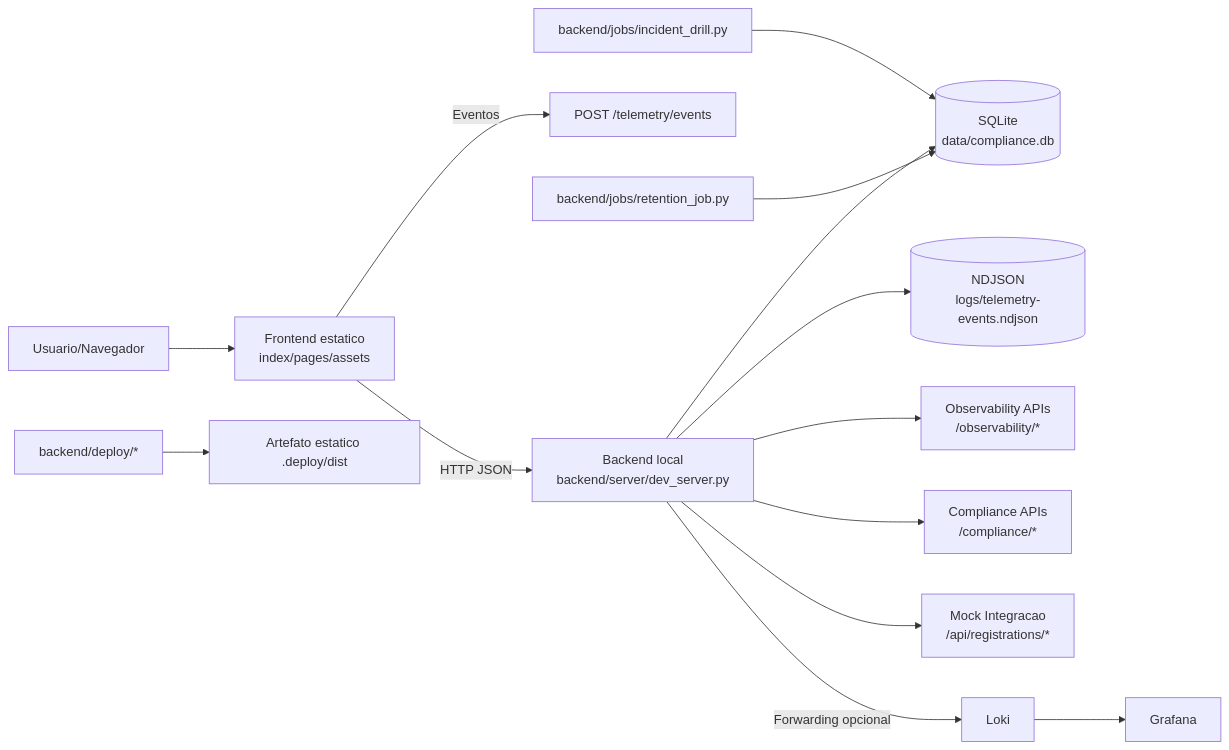
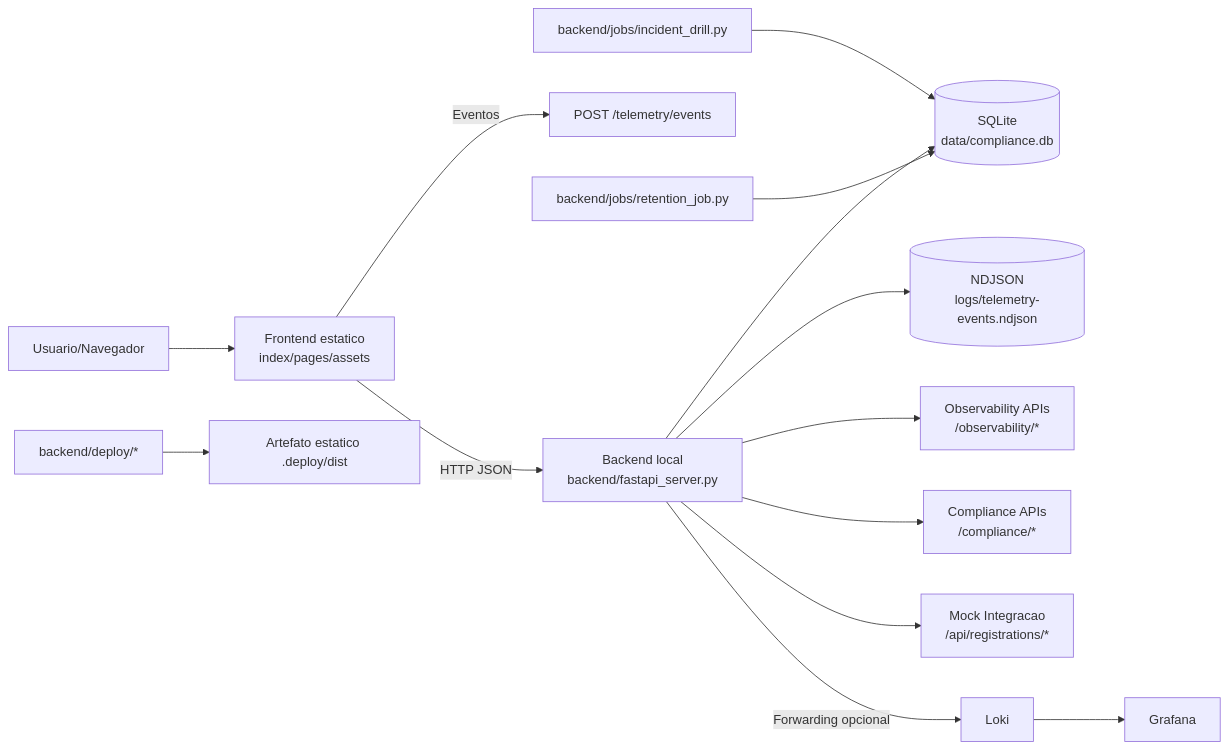
The diagram in docs/arquitetura.md (prismrr/conecta-page), drawn with Mermaid before and after one commit. The commit also changed other lines of this file and 22 other files, not shown here.

````diff
--- a/docs/arquitetura.md
+++ b/docs/arquitetura.md
@@ -7,20 +7,20 @@
 ```mermaid
 flowchart LR
     U[Usuario/Navegador] --> FE[Frontend estatico\nindex/pages/assets]
-    FE -->|HTTP JSON| BE[Backend local\nbackend/server/dev_server.py]
+    FE -->|HTTP JSON| BE[Backend local\nbackend/fastapi_server.py]
     FE -->|Eventos| TE[POST /telemetry/events]
 
     BE --> DB[(SQLite\ndata/compliance.db)]
     BE --> LOG[(NDJSON\nlogs/telemetry-events.ndjson)]
     BE --> OBS[Observability APIs\n/observability/*]
     BE --> COMP[Compliance APIs\n/compliance/*]
     BE --> REG[Mock Integracao\n/api/registrations/*]
 
     BE -->|Forwarding opcional| LOKI[Loki]
     LOKI --> GRAF[Grafana]
 
     JOB1[backend/jobs/retention_job.py] --> DB
     JOB2[backend/jobs/incident_drill.py] --> DB
 
     DEP[backend/deploy/*] --> SITE[Artefato estatico .deploy/dist]
 ```
````
